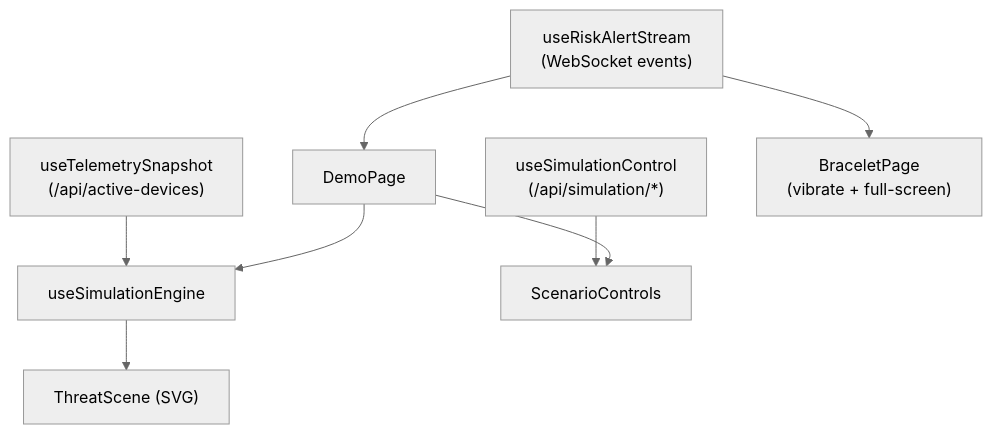
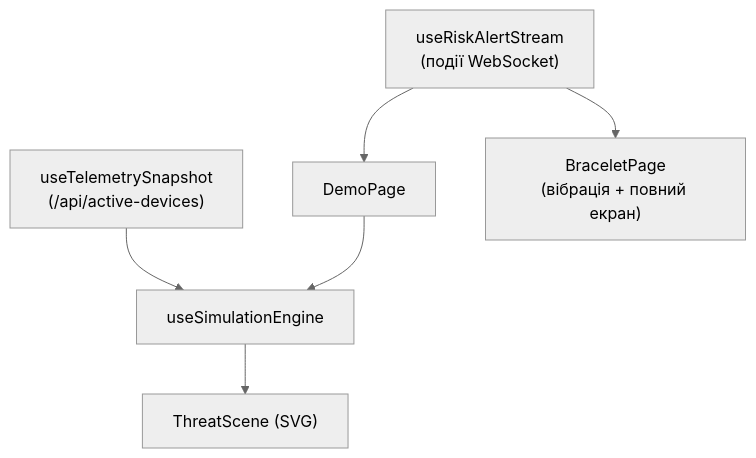
The third of 3 diagrams in docs/ARCHITECTURE.md (SonikLvl/hackathon_future_in_action_2026), drawn with Mermaid (neutral theme) before and after one commit. The commit also changed other lines of this file and 2 other files, not shown here.

````diff
--- a/docs/ARCHITECTURE.md
+++ b/docs/ARCHITECTURE.md
@@ -293,10 +194,8 @@
 ```mermaid
 flowchart TD
-    WS["useRiskAlertStream<br/>(WebSocket events)"] --> DEMO["DemoPage"]
+    WS["useRiskAlertStream<br/>(події WebSocket)"] --> DEMO["DemoPage"]
     POLL["useTelemetrySnapshot<br/>(/api/active-devices)"] --> ENGINE["useSimulationEngine"]
-    SIMCTL["useSimulationControl<br/>(/api/simulation/*)"] --> CONTROLS["ScenarioControls"]
     DEMO --> ENGINE
-    DEMO --> CONTROLS
     ENGINE --> SCENE["ThreatScene (SVG)"]
-    WS --> BR["BraceletPage<br/>(vibrate + full-screen)"]
+    WS --> BR["BraceletPage<br/>(вібрація + повний екран)"]
 ```
````
